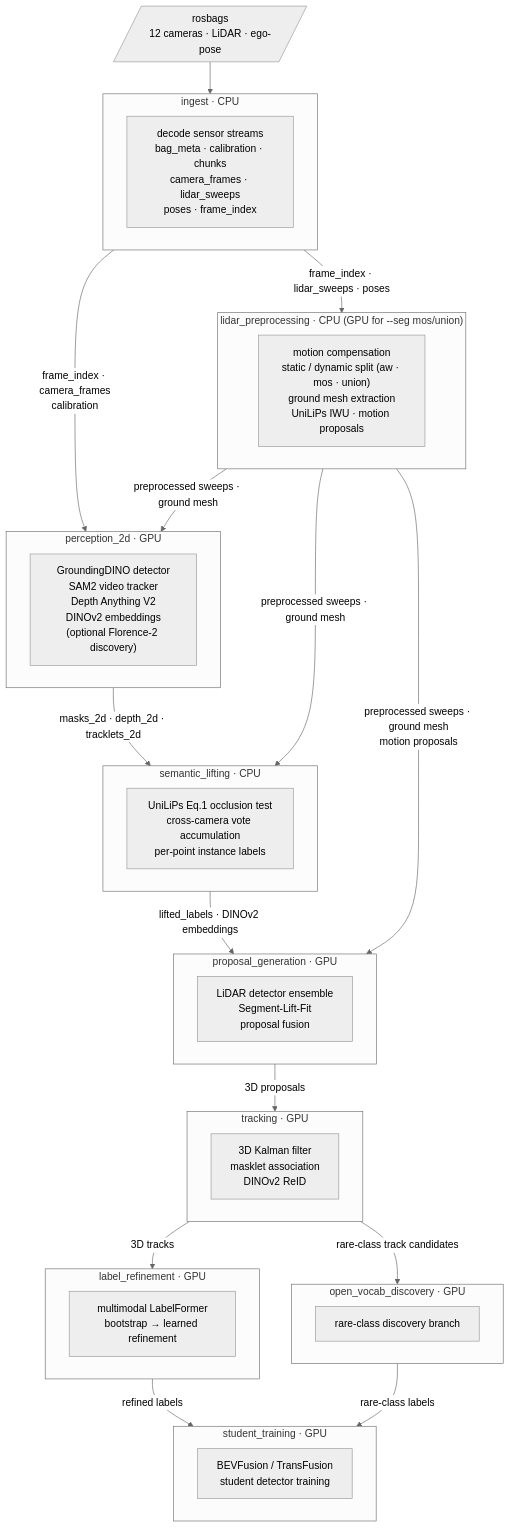
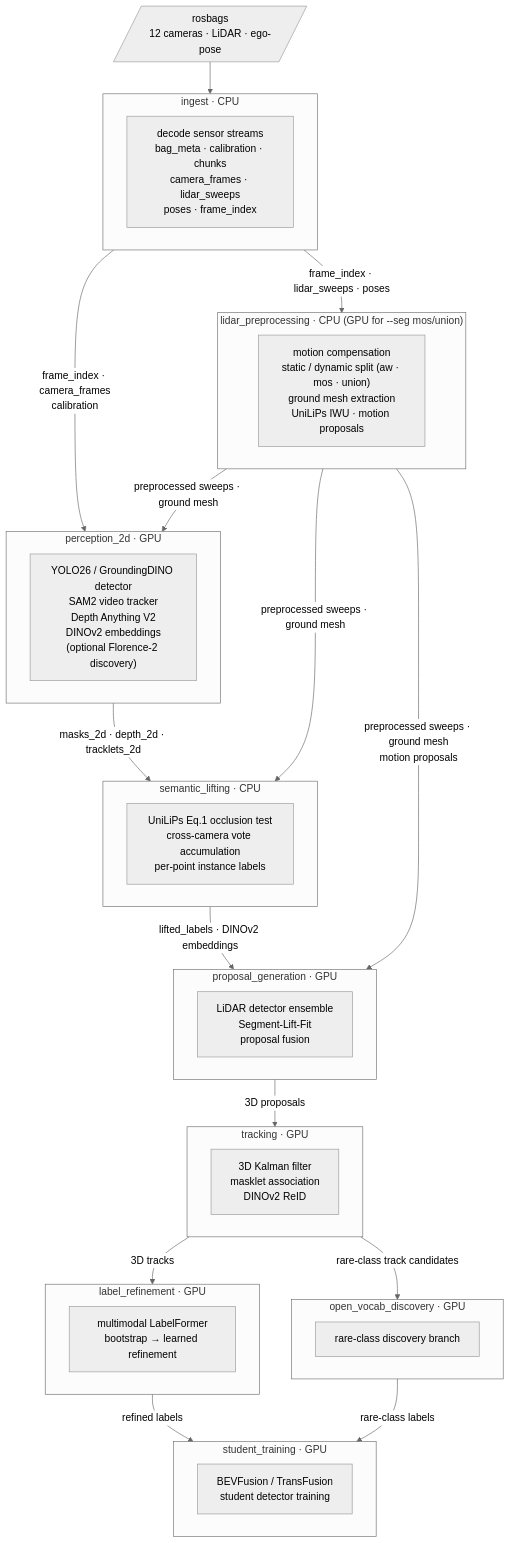
One commit to WATonomous/wato_world changed the diagram in README.md. Above: the diagram before and after it, drawn with Mermaid (neutral theme). The commit also changed other lines of this file and 12 other files, not shown here.

````diff
--- a/README.md
+++ b/README.md
@@ -9,54 +9,54 @@
 ```mermaid
 flowchart TD
     BAG[/"rosbags\n12 cameras · LiDAR · ego-pose"/]
 
     subgraph ingest["ingest  ·  CPU"]
         I["decode sensor streams\nbag_meta · calibration · chunks\ncamera_frames · lidar_sweeps\nposes · frame_index"]
     end
 
     subgraph lidar_prep["lidar_preprocessing  ·  CPU (GPU for --seg mos/union)"]
         LP["motion compensation\nstatic / dynamic split (aw · mos · union)\nground mesh extraction\nUniLiPs IWU · motion proposals"]
     end
 
     subgraph perception_2d["perception_2d  ·  GPU"]
-        P2["GroundingDINO detector\nSAM2 video tracker\nDepth Anything V2\nDINOv2 embeddings\n(optional Florence-2 discovery)"]
+        P2["YOLO26 / GroundingDINO detector\nSAM2 video tracker\nDepth Anything V2\nDINOv2 embeddings\n(optional Florence-2 discovery)"]
     end
 
     subgraph semantic_lifting["semantic_lifting  ·  CPU"]
         SL["UniLiPs Eq.1 occlusion test\ncross-camera vote accumulation\nper-point instance labels"]
     end
 
     subgraph proposal_gen["proposal_generation  ·  GPU"]
         PG["LiDAR detector ensemble\nSegment-Lift-Fit\nproposal fusion"]
     end
 
     subgraph tracking["tracking  ·  GPU"]
         TR["3D Kalman filter\nmasklet association\nDINOv2 ReID"]
     end
 
     subgraph label_ref["label_refinement  ·  GPU"]
         LR["multimodal LabelFormer\nbootstrap → learned refinement"]
     end
 
     subgraph ovd["open_vocab_discovery  ·  GPU"]
         OV["rare-class discovery branch"]
     end
 
     subgraph student["student_training  ·  GPU"]
         ST["BEVFusion / TransFusion\nstudent detector training"]
     end
 
     BAG --> ingest
     ingest -- "frame_index · camera_frames\ncalibration" --> perception_2d
     ingest -- "frame_index · lidar_sweeps · poses" --> lidar_prep
     lidar_prep -- "preprocessed sweeps · ground mesh" --> perception_2d
     lidar_prep -- "preprocessed sweeps · ground mesh" --> semantic_lifting
     perception_2d -- "masks_2d · depth_2d · tracklets_2d" --> semantic_lifting
     semantic_lifting -- "lifted_labels · DINOv2 embeddings" --> proposal_gen
     lidar_prep -- "preprocessed sweeps · ground mesh\nmotion proposals" --> proposal_gen
     proposal_gen -- "3D proposals" --> tracking
     tracking -- "3D tracks" --> label_ref
     tracking -- "rare-class track candidates" --> ovd
     label_ref -- "refined labels" --> student
     ovd -- "rare-class labels" --> student
 ```
````
